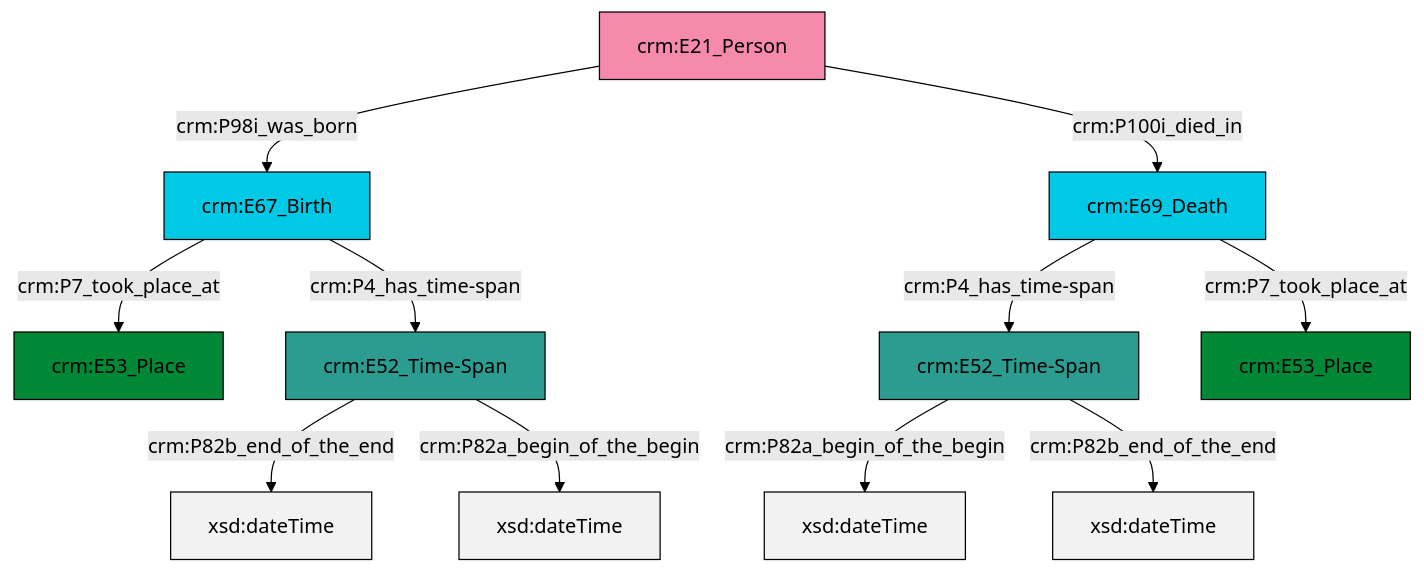
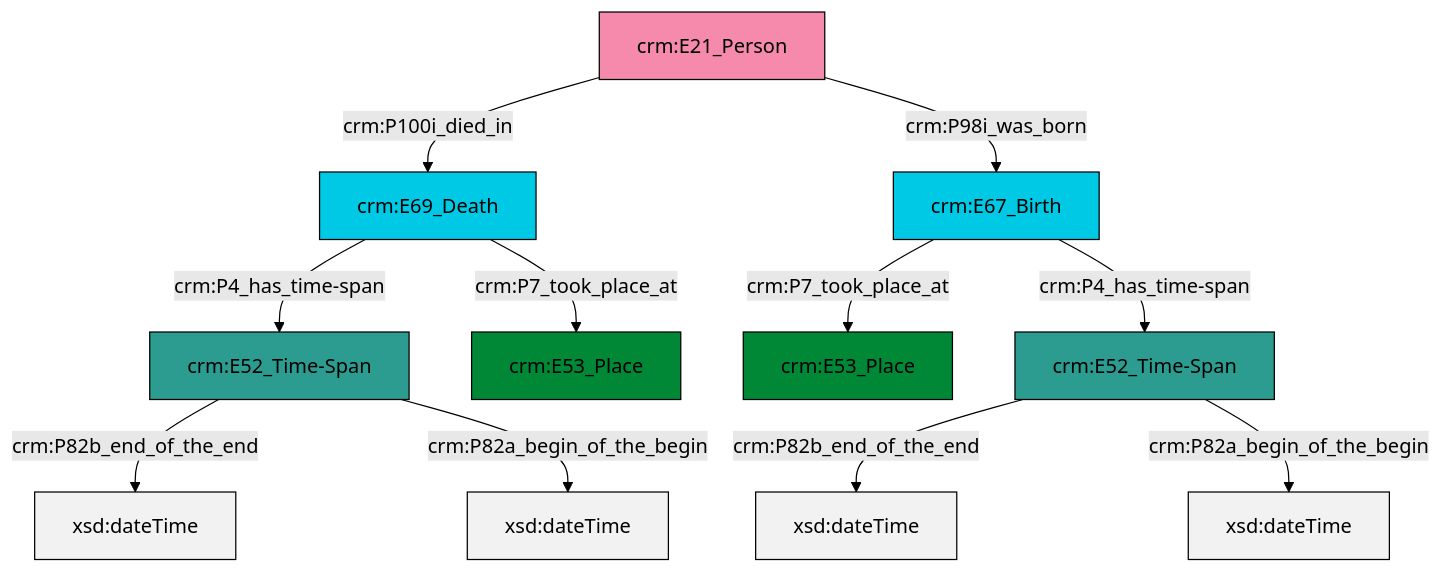
One commit to swiss-art-research-net/reference-data-models changed the diagram in et/personCSV/ttl/mmd/Person_Existence.ttl.mmd. Above: the diagram before and after it, drawn with Mermaid (forest theme). The commit also changed 125 other files, not shown here.

```diff
--- a/et/personCSV/ttl/mmd/Person_Existence.ttl.mmd
+++ b/et/personCSV/ttl/mmd/Person_Existence.ttl.mmd
@@ -1,25 +1,25 @@
 graph TD
 classDef Literal fill:#f2f2f2,stroke:#000000;
 classDef CRM_Entity fill:#FFFFFF,stroke:#000000;
 classDef Temporal_Entity fill:#00C9E6, stroke:#000000;
 classDef Type fill:#E18312, stroke:#000000;
 classDef Time-Span fill:#2C9C91, stroke:#000000;
 classDef Appellation fill:#FFEB7F, stroke:#000000;
 classDef Place fill:#008836, stroke:#000000;
 classDef Persistent_Item fill:#B266B2, stroke:#000000;
 classDef Conceptual_Object fill:#FFD700, stroke:#000000;
 classDef Physical_Thing fill:#D2B48C, stroke:#000000;
 classDef Actor fill:#f58aad, stroke:#000000;
 classDef PC_Classes fill:#4ce600, stroke:#000000;
 classDef Multi fill:#cccccc,stroke:#000000;
 
-4["crm:E67_Birth"]:::Temporal_Entity -->|crm:P7_took_place_at| 5["crm:E53_Place"]:::Place
-8["crm:E69_Death"]:::Temporal_Entity -->|crm:P4_has_time-span| 0["crm:E52_Time-Span"]:::Time-Span
-2["crm:E52_Time-Span"]:::Time-Span -->|crm:P82b_end_of_the_end| 10[xsd:dateTime]:::Literal
-6["crm:E21_Person"]:::Actor -->|crm:P98i_was_born| 4["crm:E67_Birth"]:::Temporal_Entity
-6["crm:E21_Person"]:::Actor -->|crm:P100i_died_in| 8["crm:E69_Death"]:::Temporal_Entity
-4["crm:E67_Birth"]:::Temporal_Entity -->|crm:P4_has_time-span| 2["crm:E52_Time-Span"]:::Time-Span
-0["crm:E52_Time-Span"]:::Time-Span -->|crm:P82a_begin_of_the_begin| 15[xsd:dateTime]:::Literal
-2["crm:E52_Time-Span"]:::Time-Span -->|crm:P82a_begin_of_the_begin| 16[xsd:dateTime]:::Literal
-0["crm:E52_Time-Span"]:::Time-Span -->|crm:P82b_end_of_the_end| 17[xsd:dateTime]:::Literal
-8["crm:E69_Death"]:::Temporal_Entity -->|crm:P7_took_place_at| 12["crm:E53_Place"]:::Place
+0["crm:E52_Time-Span"]:::Time-Span -->|crm:P82b_end_of_the_end| 1[xsd:dateTime]:::Literal
+2["crm:E67_Birth"]:::Temporal_Entity -->|crm:P7_took_place_at| 4["crm:E53_Place"]:::Place
+2["crm:E67_Birth"]:::Temporal_Entity -->|crm:P4_has_time-span| 5["crm:E52_Time-Span"]:::Time-Span
+9["crm:E21_Person"]:::Actor -->|crm:P100i_died_in| 10["crm:E69_Death"]:::Temporal_Entity
+0["crm:E52_Time-Span"]:::Time-Span -->|crm:P82a_begin_of_the_begin| 11[xsd:dateTime]:::Literal
+10["crm:E69_Death"]:::Temporal_Entity -->|crm:P4_has_time-span| 0["crm:E52_Time-Span"]:::Time-Span
+9["crm:E21_Person"]:::Actor -->|crm:P98i_was_born| 2["crm:E67_Birth"]:::Temporal_Entity
+10["crm:E69_Death"]:::Temporal_Entity -->|crm:P7_took_place_at| 7["crm:E53_Place"]:::Place
+5["crm:E52_Time-Span"]:::Time-Span -->|crm:P82b_end_of_the_end| 15[xsd:dateTime]:::Literal
+5["crm:E52_Time-Span"]:::Time-Span -->|crm:P82a_begin_of_the_begin| 16[xsd:dateTime]:::Literal
```
